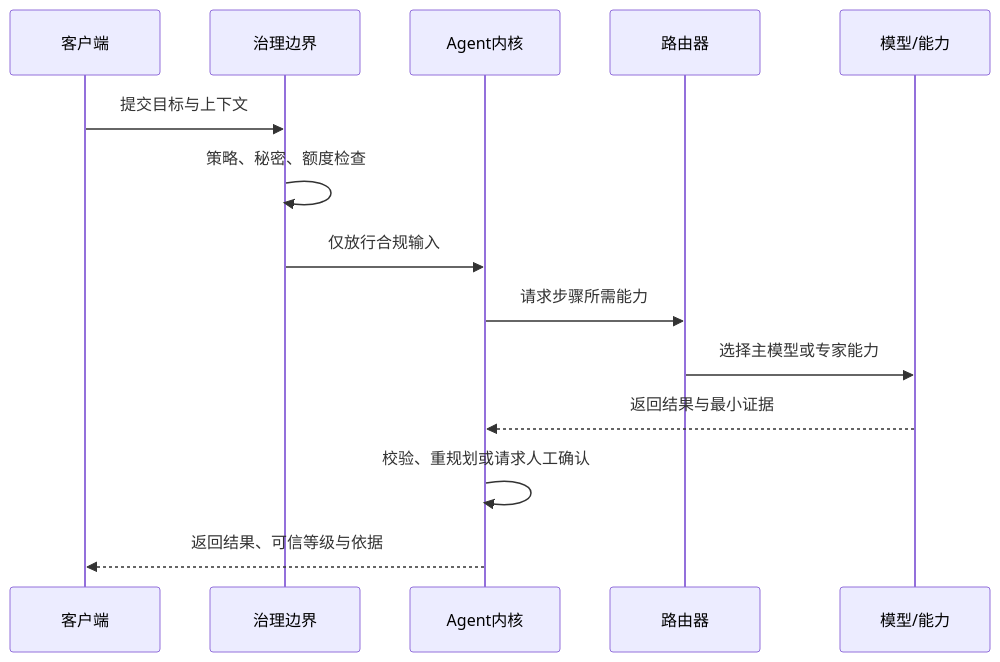
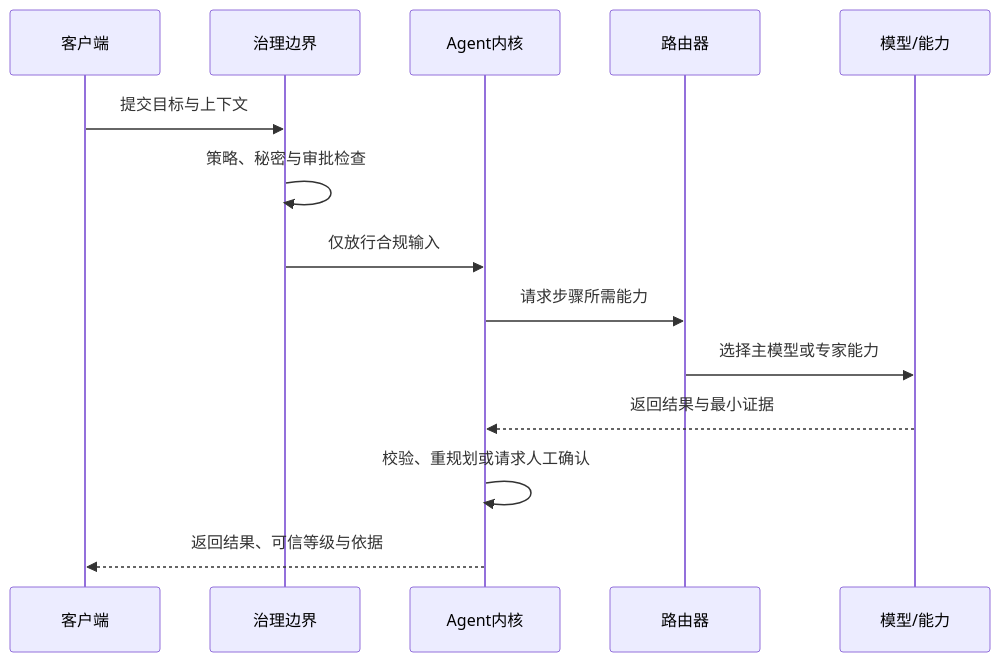
Before and after one commit to skillnull/AI-Tidu9: the second of 4 diagrams in docs/ARCHITECTURE.md, drawn with Mermaid. The commit also changed other lines of this file and 43 other files, not shown here.

````diff
--- a/docs/ARCHITECTURE.md
+++ b/docs/ARCHITECTURE.md
@@ -54,17 +56,17 @@
 ```mermaid
 sequenceDiagram
   participant Client as 客户端
   participant Gate as 治理边界
   participant Agent as Agent内核
   participant Route as 路由器
   participant Capability as 模型/能力
 
   Client->>Gate: 提交目标与上下文
-  Gate->>Gate: 策略、秘密、额度检查
+  Gate->>Gate: 策略、秘密与审批检查
   Gate->>Agent: 仅放行合规输入
   Agent->>Route: 请求步骤所需能力
   Route->>Capability: 选择主模型或专家能力
   Capability-->>Agent: 返回结果与最小证据
   Agent->>Agent: 校验、重规划或请求人工确认
   Agent-->>Client: 返回结果、可信等级与依据
 ```
````
